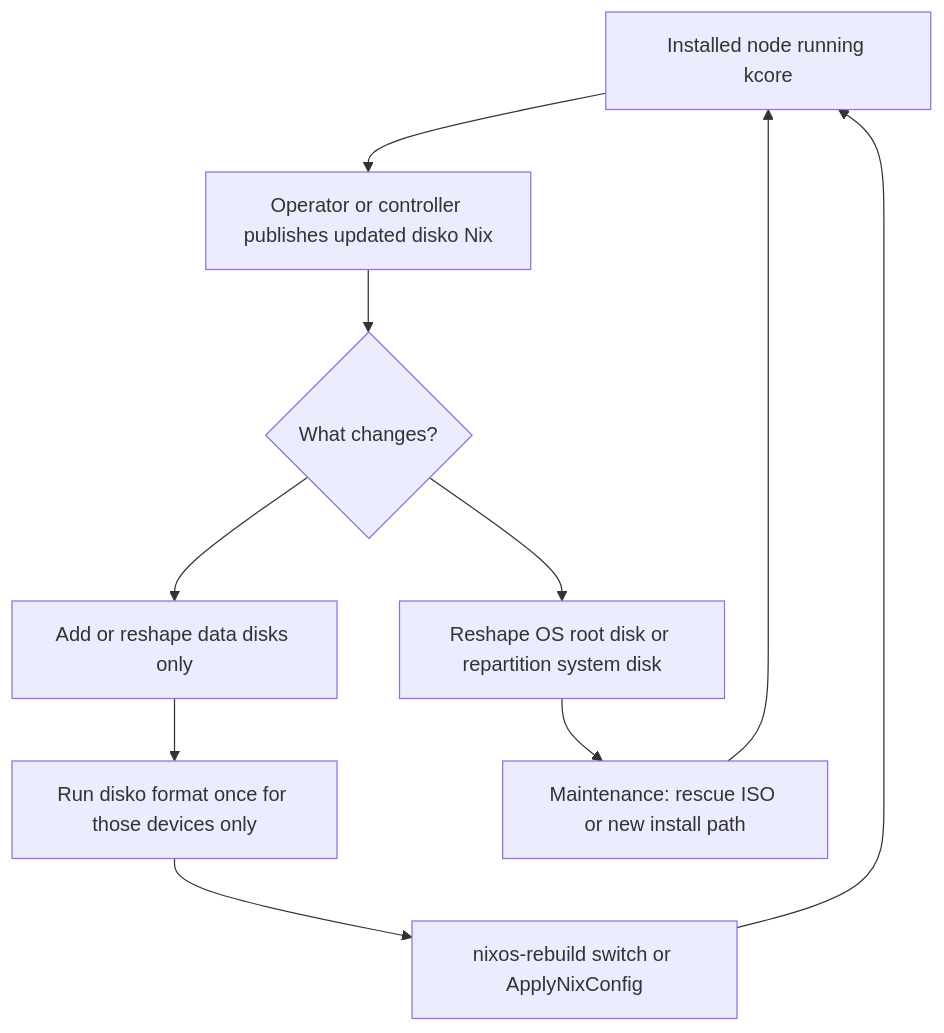
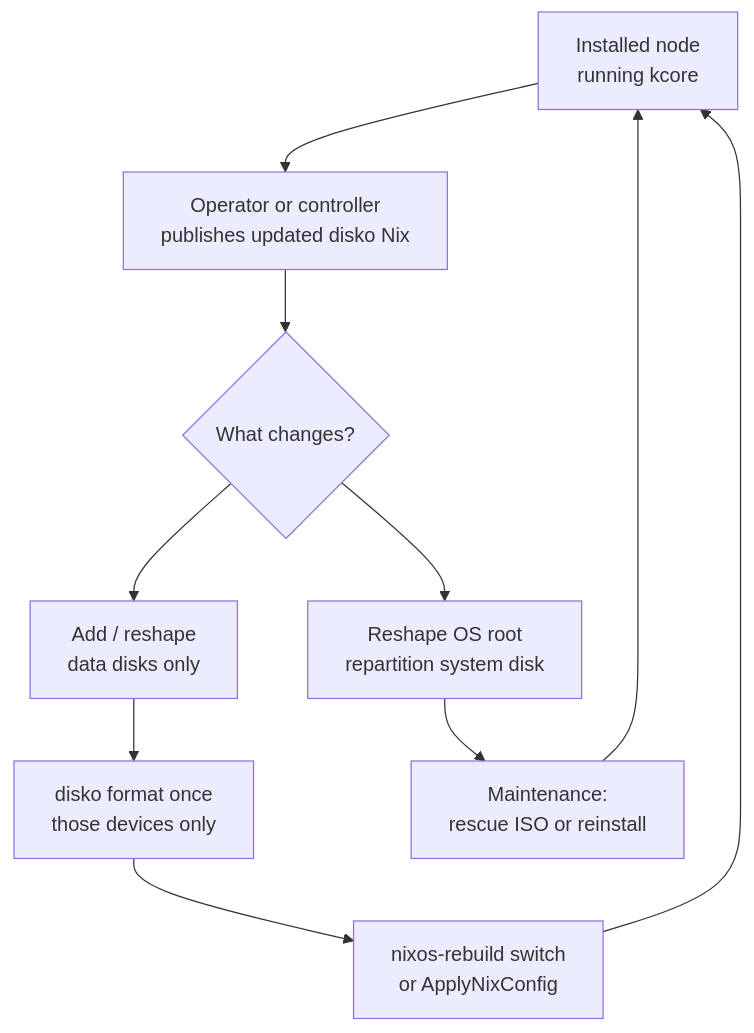
One commit to kcorehypervisor/kcore changed the third of 3 diagrams in docs/node-install-bootstrap-flow.md. Above: the diagram before and after it, drawn with Mermaid. The commit also changed other lines of this file, not shown here.

Commit message:
docs: wrap mermaid install flow labels with line breaks for readable boxes

````diff
--- a/docs/node-install-bootstrap-flow.md
+++ b/docs/node-install-bootstrap-flow.md
@@ -112,20 +112,20 @@
 ```mermaid
 flowchart TD
-  run["Installed node running kcore"]
-  publish["Operator or controller publishes updated disko Nix"]
+  run["Installed node<br/>running kcore"]
+  publish["Operator or controller<br/>publishes updated disko Nix"]
   scope{"What changes?"}
-  data["Add or reshape data disks only"]
-  oneshot["Run disko format once for those devices only"]
-  apply["nixos-rebuild switch or ApplyNixConfig"]
-  os["Reshape OS root disk or repartition system disk"]
-  maint["Maintenance: rescue ISO or new install path"]
+  data["Add / reshape<br/>data disks only"]
+  oneshot["disko format once<br/>those devices only"]
+  apply["nixos-rebuild switch<br/>or ApplyNixConfig"]
+  os["Reshape OS root<br/>repartition system disk"]
+  maint["Maintenance:<br/>rescue ISO or reinstall"]
   run --> publish
   publish --> scope
   scope --> data
   data --> oneshot
   oneshot --> apply
   apply --> run
   scope --> os
   os --> maint
   maint --> run
 ```
````
